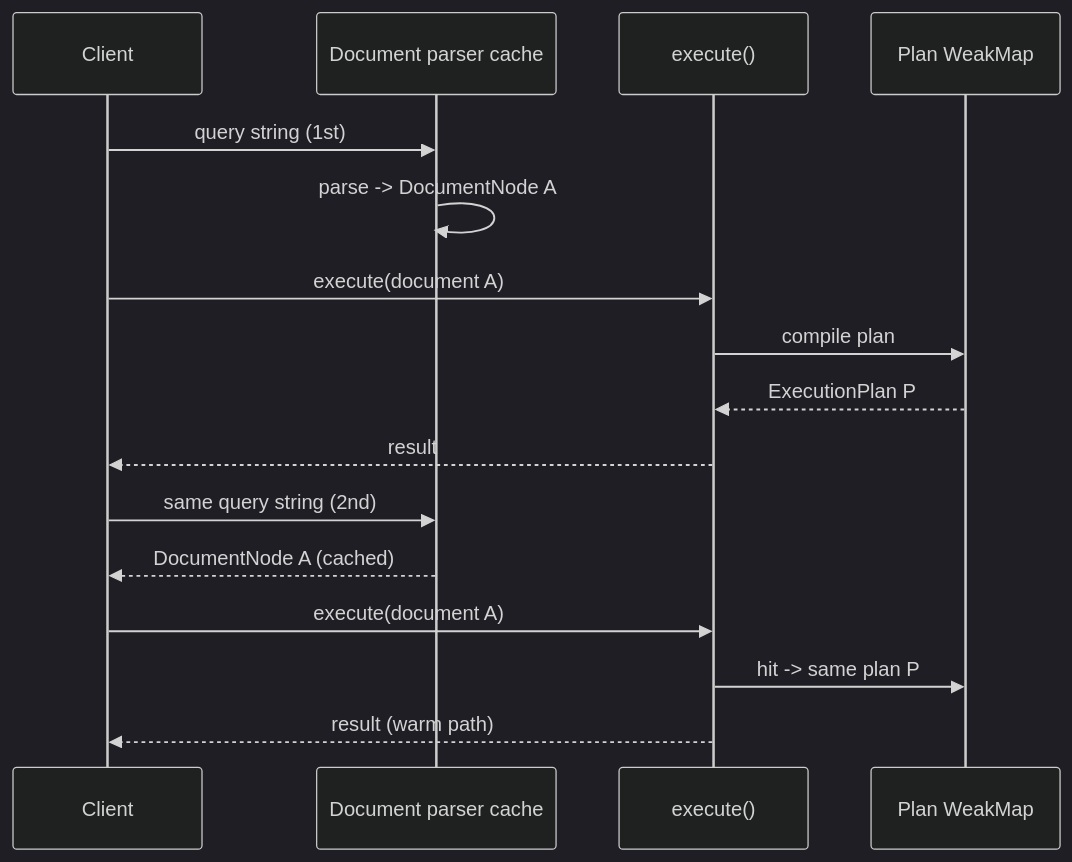
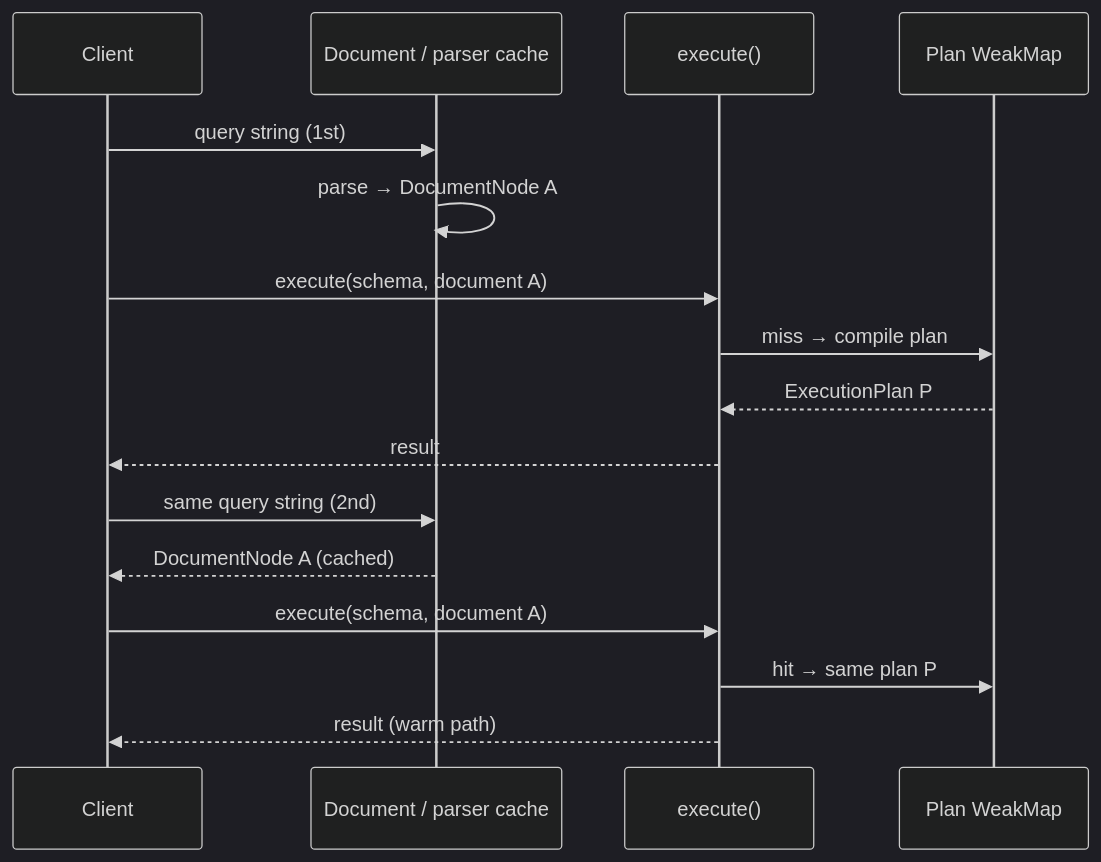
Before and after one commit to ardatan/graphql-tools: the diagram in website/src/content/planned-execution.mdx, drawn with Mermaid (dark theme). The commit also changed other lines of this file, not shown here.

````diff
--- a/website/src/content/planned-execution.mdx
+++ b/website/src/content/planned-execution.mdx
@@ -145,20 +149,20 @@
 ```mermaid
 sequenceDiagram
   participant Client
-  participant ParserCache as Document parser cache
+  participant ParserCache as Document / parser cache
   participant Execute as execute()
   participant PlanCache as Plan WeakMap
 
   Client->>ParserCache: query string (1st)
-  ParserCache->>ParserCache: parse -> DocumentNode A
-  Client->>Execute: execute(document A)
-  Execute->>PlanCache: compile plan
+  ParserCache->>ParserCache: parse → DocumentNode A
+  Client->>Execute: execute(schema, document A)
+  Execute->>PlanCache: miss → compile plan
   PlanCache-->>Execute: ExecutionPlan P
   Execute-->>Client: result
 
   Client->>ParserCache: same query string (2nd)
   ParserCache-->>Client: DocumentNode A (cached)
-  Client->>Execute: execute(document A)
-  Execute->>PlanCache: hit -> same plan P
+  Client->>Execute: execute(schema, document A)
+  Execute->>PlanCache: hit → same plan P
   Execute-->>Client: result (warm path)
 ```
````
